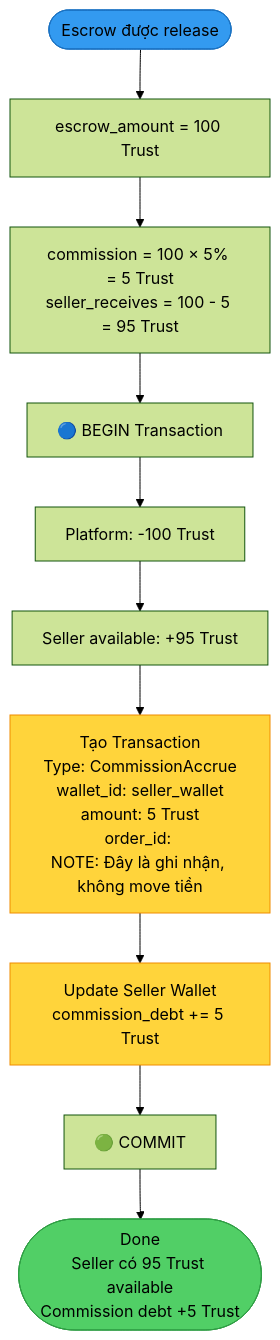
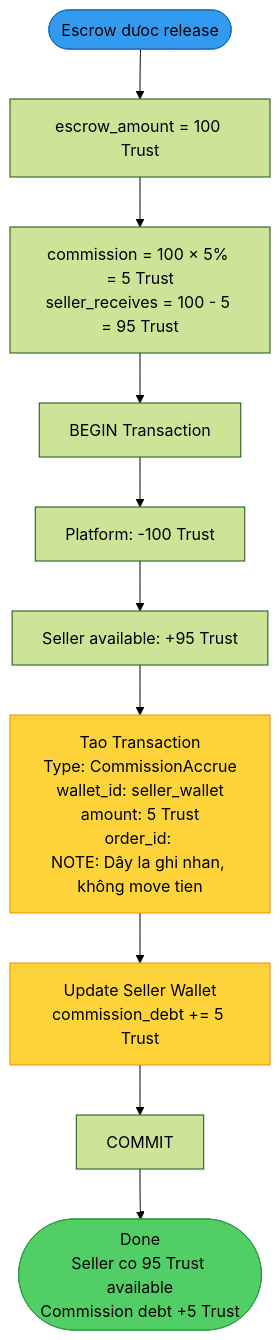
The tenth of 20 diagrams in mmo-api/docs/v2/05-wallet-v2-platform-wallet-flows.md (anhnguyen123312/ShopMMO), drawn with Mermaid (forest theme) before and after one commit. The commit also changed other lines of this file and 1 other file, not shown here.

````diff
--- a/mmo-api/docs/v2/05-wallet-v2-platform-wallet-flows.md
+++ b/mmo-api/docs/v2/05-wallet-v2-platform-wallet-flows.md
@@ -812,23 +812,23 @@
 ```mermaid
 flowchart TD
-    Start([Escrow được release])
+    Start([Escrow dưoc release])
 
     Start --> GetAmount[escrow_amount = 100 Trust]
     GetAmount --> CalcCommission[commission = 100 × 5% = 5 Trust<br/>seller_receives = 100 - 5 = 95 Trust]
 
-    CalcCommission --> BeginTx[🔵 BEGIN Transaction]
+    CalcCommission --> BeginTx[ BEGIN Transaction]
     BeginTx --> DeductPlatform[Platform: -100 Trust]
     DeductPlatform --> CreditSeller[Seller available: +95 Trust]
 
     %% Commission Accrual
-    CreditSeller --> CreateCommissionTx[Tạo Transaction<br/>Type: CommissionAccrue<br/>wallet_id: seller_wallet<br/>amount: 5 Trust<br/>order_id: <order_id><br/>NOTE: Đây là ghi nhận, không move tiền]
+    CreditSeller --> CreateCommissionTx[Tao Transaction<br/>Type: CommissionAccrue<br/>wallet_id: seller_wallet<br/>amount: 5 Trust<br/>order_id: <order_id><br/>NOTE: Dây la ghi nhan, không move tien]
     CreateCommissionTx --> UpdateCommissionDebt[Update Seller Wallet<br/>commission_debt += 5 Trust]
 
-    UpdateCommissionDebt --> CommitTx[🟢 COMMIT]
-    CommitTx --> End([Done<br/>Seller có 95 Trust available<br/>Commission debt +5 Trust])
+    UpdateCommissionDebt --> CommitTx[ COMMIT]
+    CommitTx --> End([Done<br/>Seller co 95 Trust available<br/>Commission debt +5 Trust])
 
     style Start fill:#339af0,stroke:#1971c2
     style End fill:#51cf66,stroke:#2f9e44
     style CreateCommissionTx fill:#ffd43b,stroke:#f08c00
     style UpdateCommissionDebt fill:#ffd43b,stroke:#f08c00
 ```
````
